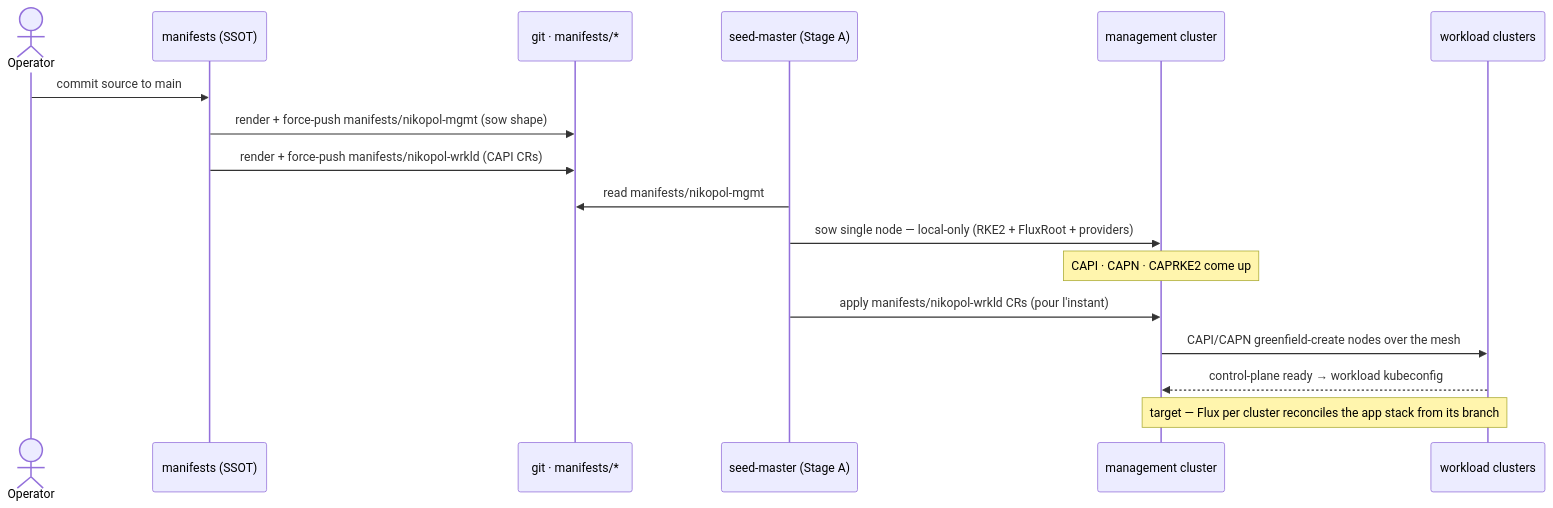
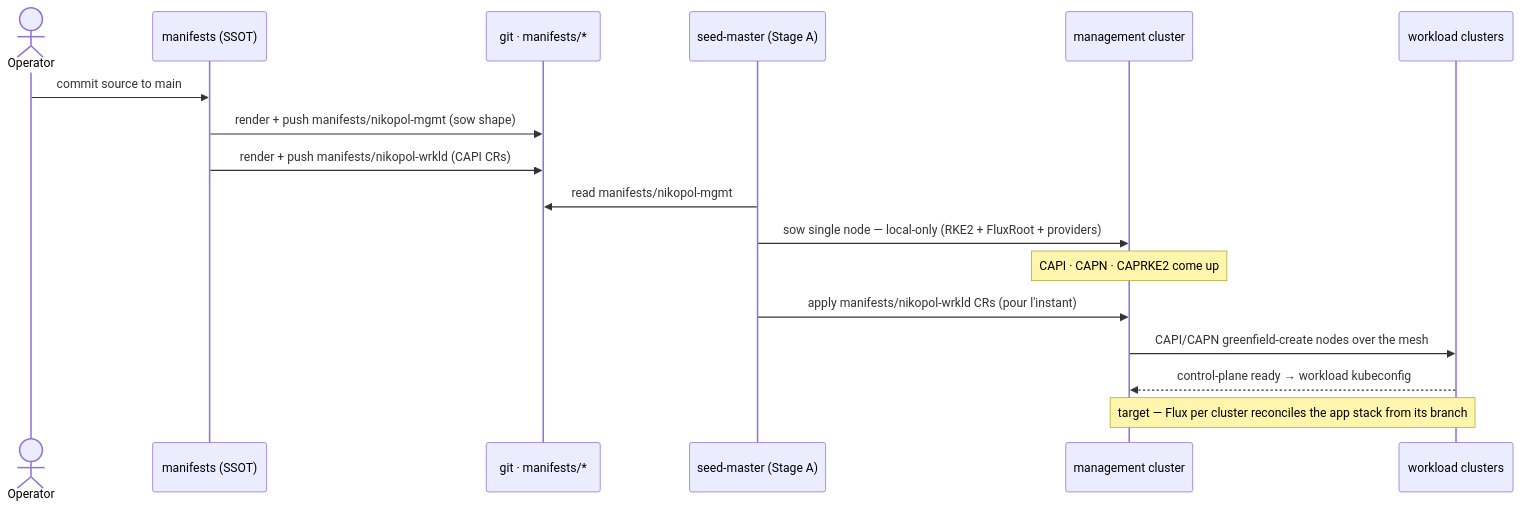
The fourth of 5 diagrams in docs/architecture/cluster-api/manifests-rendered-branches.adoc (nxmatic/rke2lab), drawn with Mermaid before and after one commit. The commit also changed other lines of this file and 1914 other files, not shown here.

```diff
--- a/docs/architecture/cluster-api/manifests-rendered-branches.adoc
+++ b/docs/architecture/cluster-api/manifests-rendered-branches.adoc
@@ -183,20 +184,20 @@
 [mermaid,manifests-rendered-branches-sequence,svg]
 ----
 sequenceDiagram
   actor OP as Operator
   participant M as manifests (SSOT)
   participant G as git · manifests/*
   participant SM as seed-master (Stage A)
   participant MG as management cluster
   participant WL as workload clusters
   OP->>M: commit source to main
-  M->>G: render + force-push manifests/nikopol-mgmt (sow shape)
-  M->>G: render + force-push manifests/nikopol-wrkld (CAPI CRs)
+  M->>G: render + push manifests/nikopol-mgmt (sow shape)
+  M->>G: render + push manifests/nikopol-wrkld (CAPI CRs)
   SM->>G: read manifests/nikopol-mgmt
   SM->>MG: sow single node — local-only (RKE2 + FluxRoot + providers)
   Note over MG: CAPI · CAPN · CAPRKE2 come up
   SM->>MG: apply manifests/nikopol-wrkld CRs (pour l'instant)
   MG->>WL: CAPI/CAPN greenfield-create nodes over the mesh
   WL-->>MG: control-plane ready → workload kubeconfig
   Note over MG,WL: target — Flux per cluster reconciles the app stack from its branch
 ----
```
